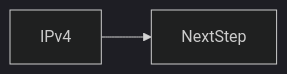
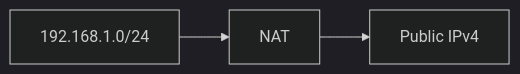
Before and after one commit to OmidJavaherii/Frontend-Engineering-Handbook: the second of 2 diagrams in docs/en/02-internet/ipv4/index.md, drawn with Mermaid (dark theme). The commit also changed other lines of this file and 461 other files, not shown here.

````diff
--- a/docs/en/02-internet/ipv4/index.md
+++ b/docs/en/02-internet/ipv4/index.md
@@ -95,4 +105,4 @@
 ```mermaid
 flowchart LR
-  concept[IPv4] --> nextStep[NextStep]
+  LAN[192.168.1.0/24] --> NAT --> WAN[Public IPv4]
 ```
````
